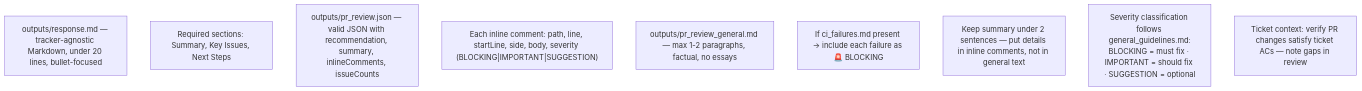
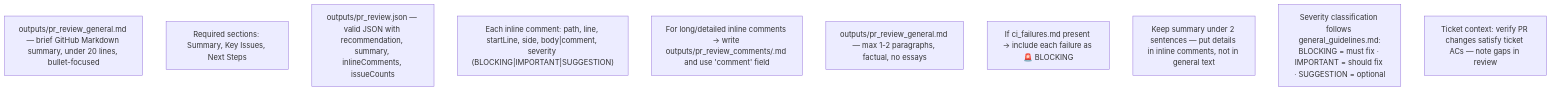
The diagram in instructions/pr_review/formatting_rules.md (IstiN/dmtools-agents), drawn with Mermaid before and after one commit. The commit also changed 5 other files, not shown here.

First line of the commit message:
fix(pr_review): stop asking for outputs/response.md, prefer inline comment files

````diff
--- a/instructions/pr_review/formatting_rules.md
+++ b/instructions/pr_review/formatting_rules.md
@@ -1,12 +1,13 @@
 ```mermaid
 flowchart TD
-    F1["outputs/response.md — tracker-agnostic Markdown, under 20 lines, bullet-focused"]
+    F1["outputs/pr_review_general.md — brief GitHub Markdown summary, under 20 lines, bullet-focused"]
     F2["Required sections: Summary, Key Issues, Next Steps"]
     F3["outputs/pr_review.json — valid JSON with recommendation, summary, inlineComments, issueCounts"]
-    F4["Each inline comment: path, line, startLine, side, body, severity (BLOCKING|IMPORTANT|SUGGESTION)"]
-    F5["outputs/pr_review_general.md — max 1-2 paragraphs, factual, no essays"]
-    F6["If ci_failures.md present → include each failure as 🚨 BLOCKING"]
-    F7["Keep summary under 2 sentences — put details in inline comments, not in general text"]
-    F8["Severity classification follows general_guidelines.md:<br/>BLOCKING = must fix · IMPORTANT = should fix · SUGGESTION = optional"]
-    F9["Ticket context: verify PR changes satisfy ticket ACs — note gaps in review"]
+    F4["Each inline comment: path, line, startLine, side, body|comment, severity (BLOCKING|IMPORTANT|SUGGESTION)"]
+    F5["For long/detailed inline comments → write outputs/pr_review_comments/<file>.md and use 'comment' field"]
+    F6["outputs/pr_review_general.md — max 1-2 paragraphs, factual, no essays"]
+    F7["If ci_failures.md present → include each failure as 🚨 BLOCKING"]
+    F8["Keep summary under 2 sentences — put details in inline comments, not in general text"]
+    F9["Severity classification follows general_guidelines.md:<br/>BLOCKING = must fix · IMPORTANT = should fix · SUGGESTION = optional"]
+    F10["Ticket context: verify PR changes satisfy ticket ACs — note gaps in review"]
 ```
````
